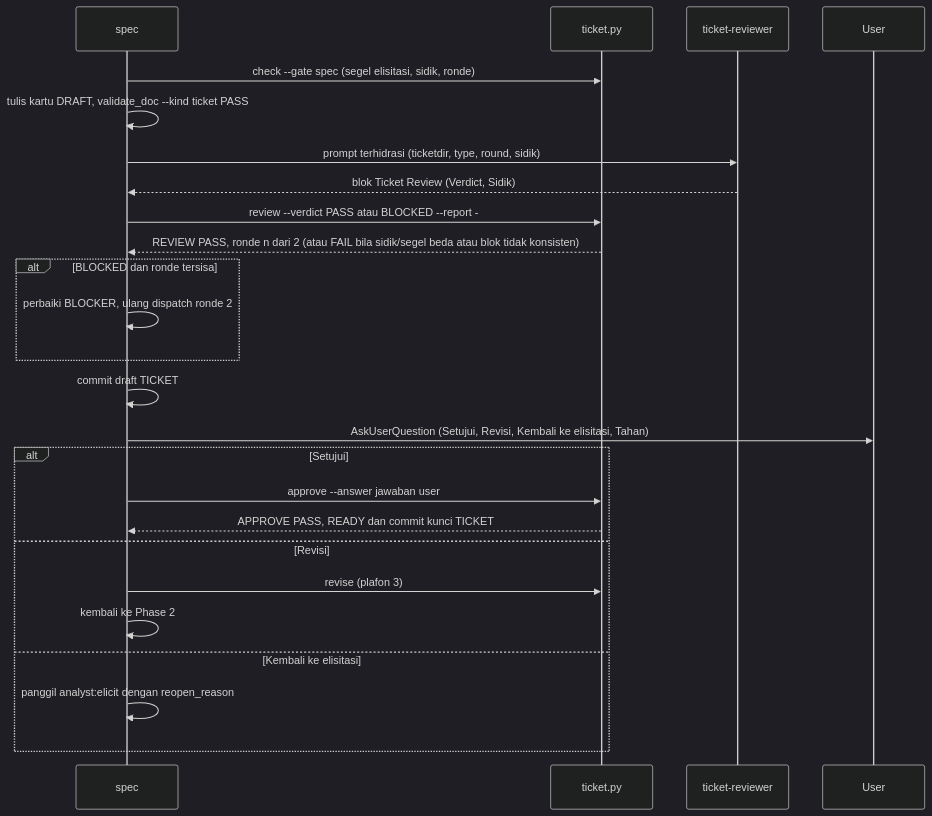
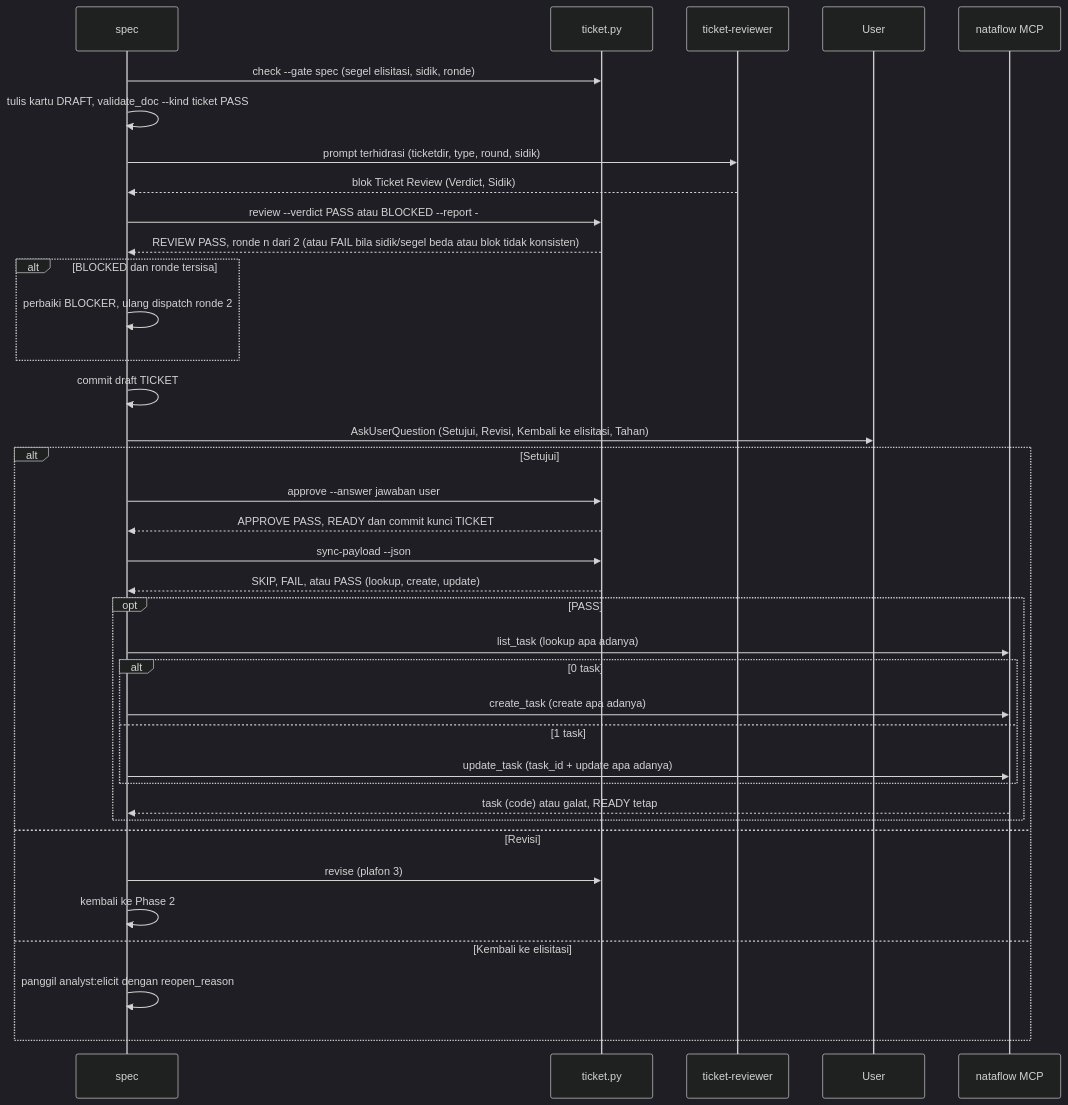
Before and after one commit to nataflow/agentic-workflow: the third of 4 diagrams in flow/analyst.md, drawn with Mermaid (dark theme). The commit also changed other lines of this file and 9 other files, not shown here.

Commit message:
feat(analyst): sinkron tiket READY ke nataflow lewat sync-payload (14 N1–N7)

````diff
--- a/flow/analyst.md
+++ b/flow/analyst.md
@@ -218,27 +231,39 @@
 ```mermaid
 sequenceDiagram
     participant S as spec
     participant T as ticket.py
     participant R as ticket-reviewer
     participant U as User
+    participant N as nataflow MCP
     S->>T: check --gate spec (segel elisitasi, sidik, ronde)
     S->>S: tulis kartu DRAFT, validate_doc --kind ticket PASS
     S->>R: prompt terhidrasi (ticketdir, type, round, sidik)
     R-->>S: blok Ticket Review (Verdict, Sidik)
     S->>T: review --verdict PASS atau BLOCKED --report -
     T-->>S: REVIEW PASS, ronde n dari 2 (atau FAIL bila sidik/segel beda atau blok tidak konsisten)
     alt BLOCKED dan ronde tersisa
         S->>S: perbaiki BLOCKER, ulang dispatch ronde 2
     end
     S->>S: commit draft TICKET
     S->>U: AskUserQuestion (Setujui, Revisi, Kembali ke elisitasi, Tahan)
     alt Setujui
         S->>T: approve --answer jawaban user
         T-->>S: APPROVE PASS, READY dan commit kunci TICKET
+        S->>T: sync-payload --json
+        T-->>S: SKIP, FAIL, atau PASS (lookup, create, update)
+        opt PASS
+            S->>N: list_task (lookup apa adanya)
+            alt 0 task
+                S->>N: create_task (create apa adanya)
+            else 1 task
+                S->>N: update_task (task_id + update apa adanya)
+            end
+            N-->>S: task (code) atau galat, READY tetap
+        end
     else Revisi
         S->>T: revise (plafon 3)
         S->>S: kembali ke Phase 2
     else Kembali ke elisitasi
         S->>S: panggil analyst:elicit dengan reopen_reason
     end
 ```
````
